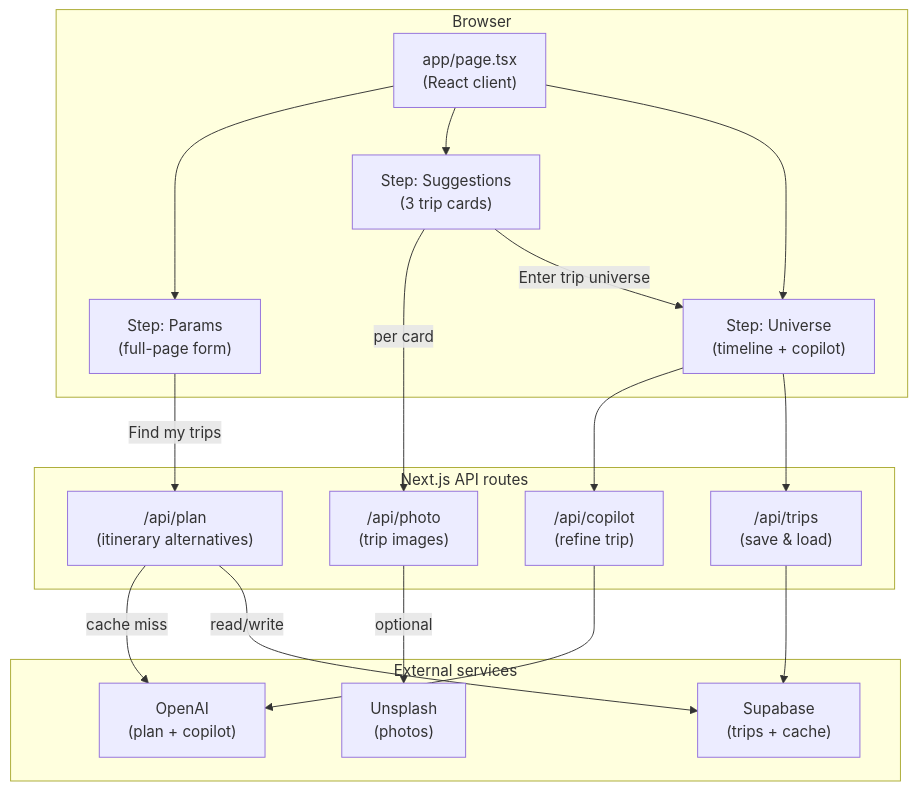
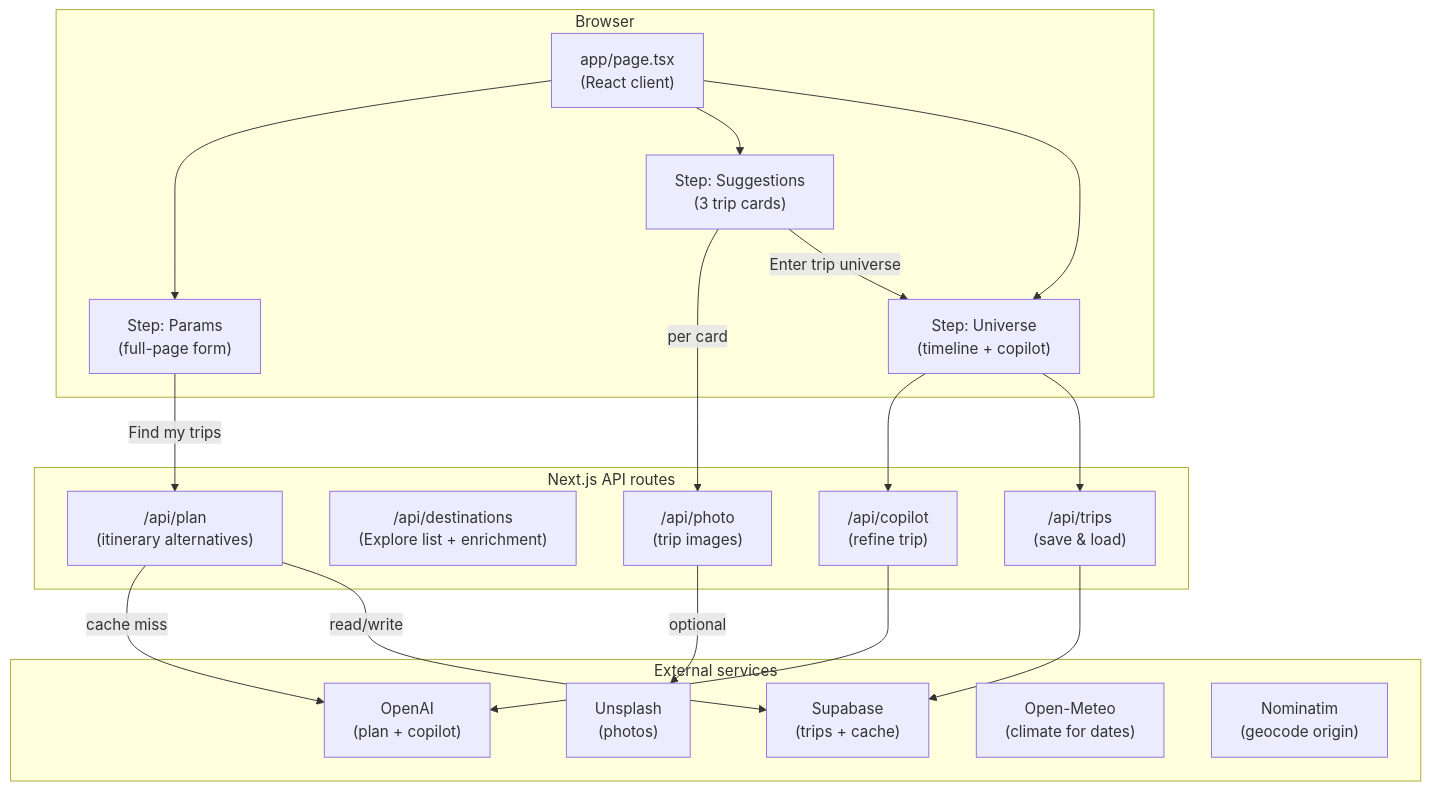
The first of 2 diagrams in docs/architecture.md (RaphLed/travel-planner), drawn with Mermaid before and after one commit. The commit also changed other lines of this file and 19 other files, not shown here.

````diff
--- a/docs/architecture.md
+++ b/docs/architecture.md
@@ -9,34 +9,37 @@
 ```mermaid
 flowchart TB
     subgraph Browser["Browser"]
         UI["app/page.tsx\n(React client)"]
         UI --> Step1["Step: Params\n(full-page form)"]
         UI --> Step2["Step: Suggestions\n(3 trip cards)"]
         UI --> Step3["Step: Universe\n(timeline + copilot)"]
     end
 
     subgraph API["Next.js API routes"]
         Plan["/api/plan\n(itinerary alternatives)"]
+        Dest["/api/destinations\n(Explore list + enrichment)"]
         Photo["/api/photo\n(trip images)"]
         Copilot["/api/copilot\n(refine trip)"]
         Trips["/api/trips\n(save & load)"]
     end
 
     subgraph External["External services"]
         OpenAI["OpenAI\n(plan + copilot)"]
         Unsplash["Unsplash\n(photos)"]
         Supabase["Supabase\n(trips + cache)"]
+        OpenMeteo["Open-Meteo\n(climate for dates)"]
+        Nominatim["Nominatim\n(geocode origin)"]
     end
 
     Step1 -->|"Find my trips"| Plan
     Step2 -->|"per card"| Photo
     Step2 -->|"Enter trip universe"| Step3
     Step3 --> Copilot
     Step3 --> Trips
 
     Plan -->|"cache miss"| OpenAI
     Plan -->|"read/write"| Supabase
     Photo -->|"optional"| Unsplash
     Copilot --> OpenAI
     Trips --> Supabase
 ```
````
